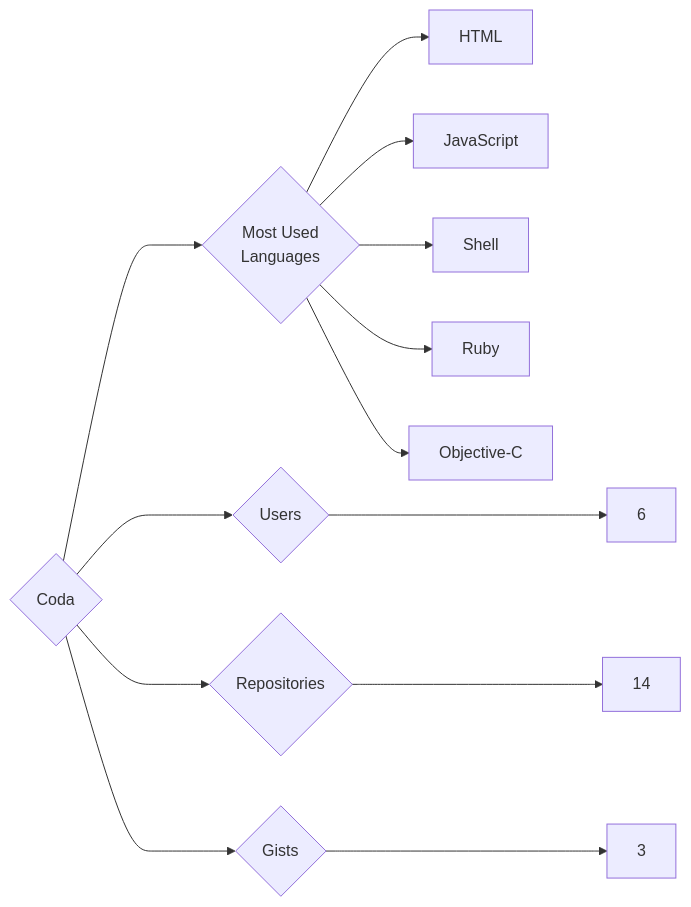
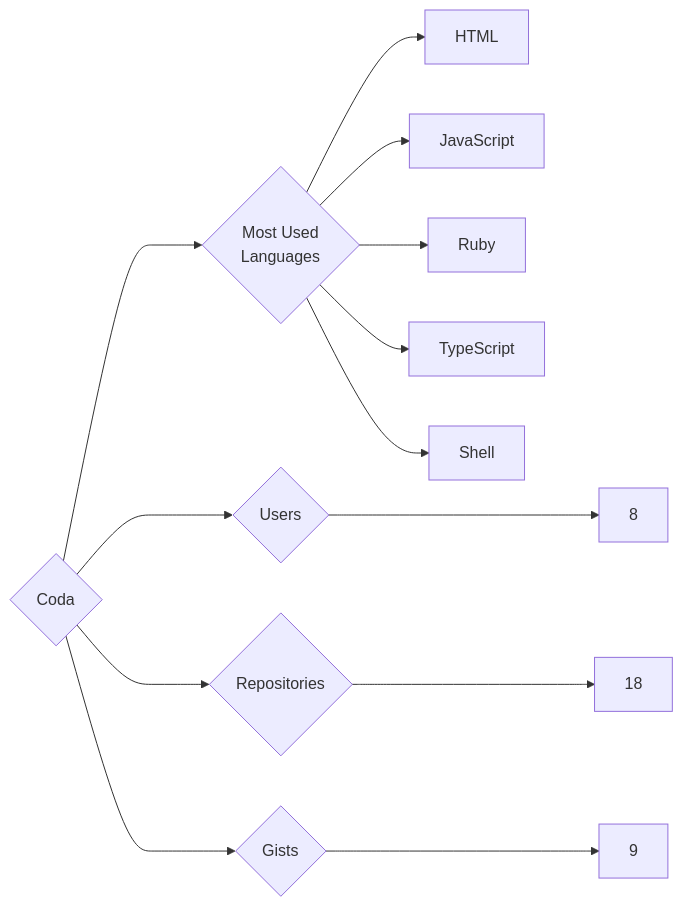
Before and after one commit to trickest/insiders: the diagram in targets/Coda/README.md, drawn with Mermaid. The commit also changed 1141 other files, not shown here.

````diff
--- a/targets/Coda/README.md
+++ b/targets/Coda/README.md
@@ -3,13 +3,13 @@
 ```mermaid
 graph LR
 COMPANY_NAME{Coda}
-COMPANY_NAME ---> U{Users} ---> UN[6]
-COMPANY_NAME ---> R{Repositories} ---> RN[14]
-COMPANY_NAME ---> G{Gists} ---> GN[3]
+COMPANY_NAME ---> U{Users} ---> UN[8]
+COMPANY_NAME ---> R{Repositories} ---> RN[18]
+COMPANY_NAME ---> G{Gists} ---> GN[9]
 COMPANY_NAME ---> ML{Most Used<br>Languages}
 ML --> HTML[HTML]
 ML --> JavaScript[JavaScript]
+ML --> Ruby[Ruby]
+ML --> TypeScript[TypeScript]
 ML --> Shell[Shell]
-ML --> Ruby[Ruby]
-ML --> Objective-C[Objective-C]
 ```
````
